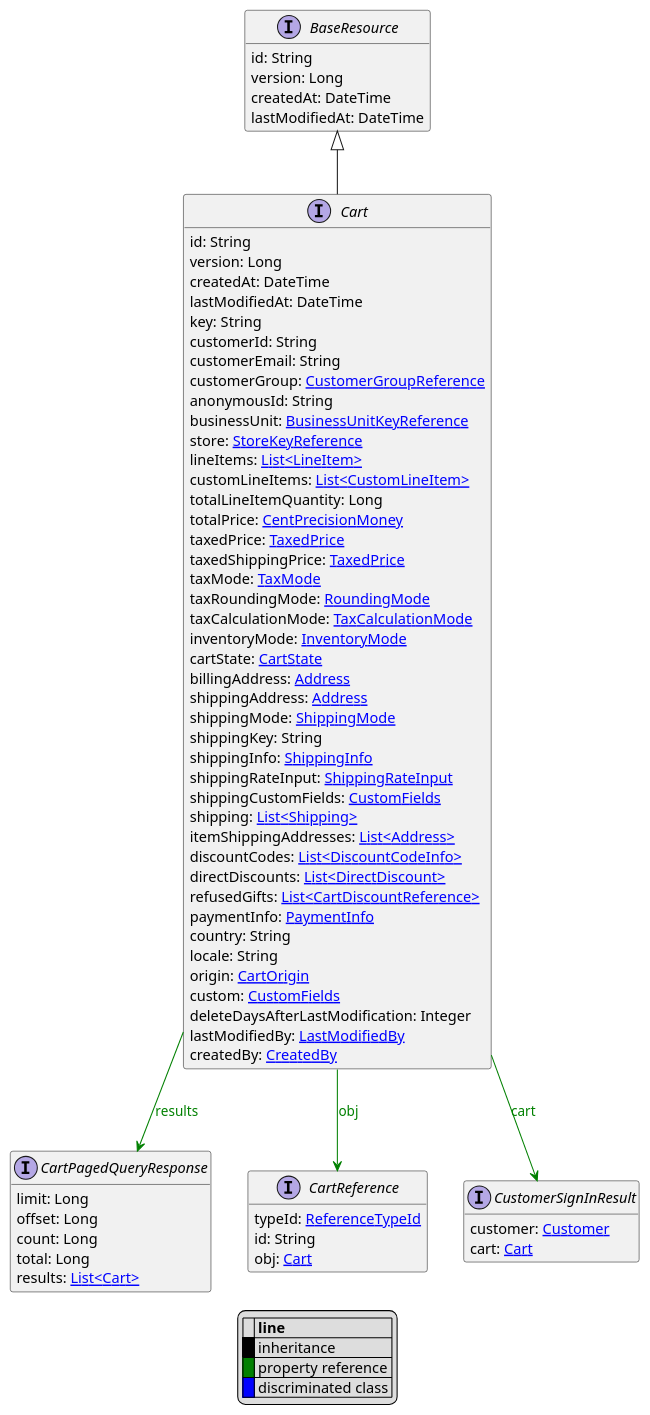
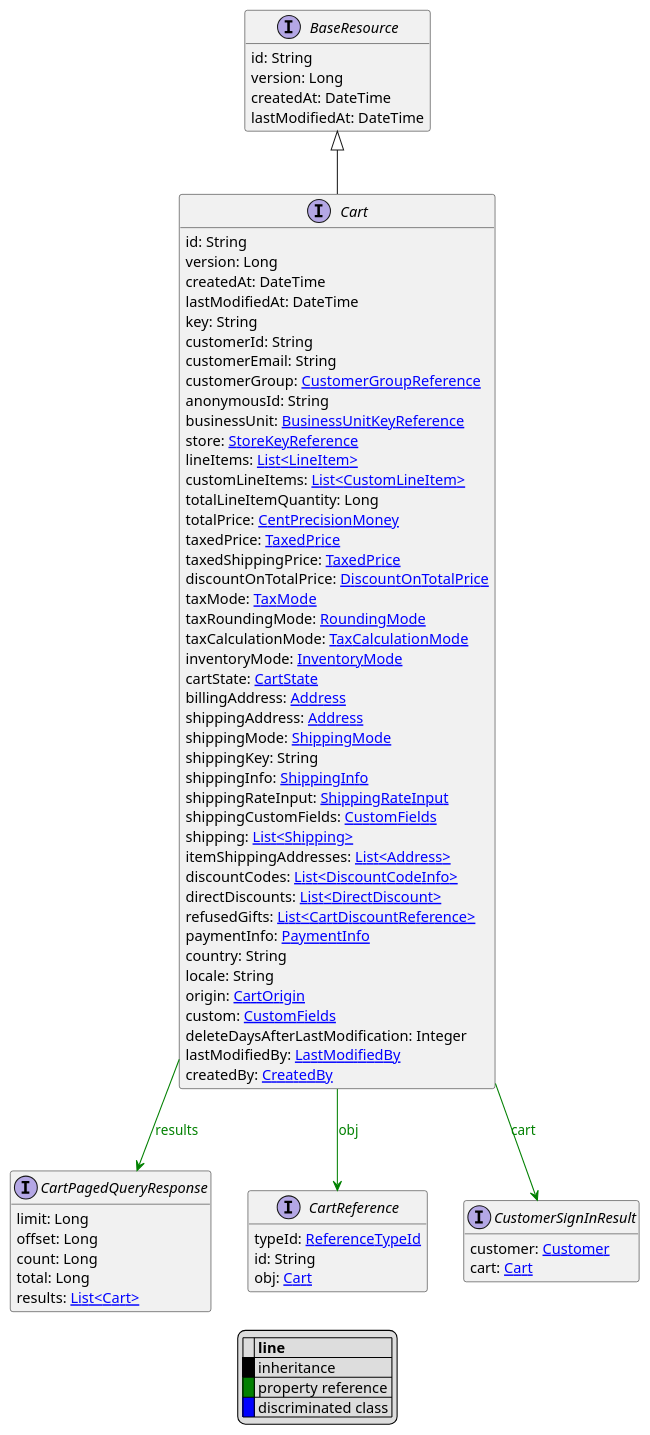
Before and after one commit to commercetools/commercetools-api-reference: the diagram in uml/api/Cart.puml, drawn with PlantUML. The commit also changed 112 other files, not shown here.

```diff
--- a/uml/api/Cart.puml
+++ b/uml/api/Cart.puml
@@ -1,83 +1,84 @@
 @startuml
 
 hide empty fields
 hide empty methods
 legend
 |= |= line |
 |<back:black>   </back>| inheritance |
 |<back:green>   </back>| property reference |
 |<back:blue>   </back>| discriminated class |
 endlegend
 interface Cart [[Cart.svg]] extends BaseResource {
     id: String
     version: Long
     createdAt: DateTime
     lastModifiedAt: DateTime
     key: String
     customerId: String
     customerEmail: String
     customerGroup: [[CustomerGroupReference.svg CustomerGroupReference]]
     anonymousId: String
     businessUnit: [[BusinessUnitKeyReference.svg BusinessUnitKeyReference]]
     store: [[StoreKeyReference.svg StoreKeyReference]]
     lineItems: [[LineItem.svg List<LineItem>]]
     customLineItems: [[CustomLineItem.svg List<CustomLineItem>]]
     totalLineItemQuantity: Long
     totalPrice: [[CentPrecisionMoney.svg CentPrecisionMoney]]
     taxedPrice: [[TaxedPrice.svg TaxedPrice]]
     taxedShippingPrice: [[TaxedPrice.svg TaxedPrice]]
+    discountOnTotalPrice: [[DiscountOnTotalPrice.svg DiscountOnTotalPrice]]
     taxMode: [[TaxMode.svg TaxMode]]
     taxRoundingMode: [[RoundingMode.svg RoundingMode]]
     taxCalculationMode: [[TaxCalculationMode.svg TaxCalculationMode]]
     inventoryMode: [[InventoryMode.svg InventoryMode]]
     cartState: [[CartState.svg CartState]]
     billingAddress: [[Address.svg Address]]
     shippingAddress: [[Address.svg Address]]
     shippingMode: [[ShippingMode.svg ShippingMode]]
     shippingKey: String
     shippingInfo: [[ShippingInfo.svg ShippingInfo]]
     shippingRateInput: [[ShippingRateInput.svg ShippingRateInput]]
     shippingCustomFields: [[CustomFields.svg CustomFields]]
     shipping: [[Shipping.svg List<Shipping>]]
     itemShippingAddresses: [[Address.svg List<Address>]]
     discountCodes: [[DiscountCodeInfo.svg List<DiscountCodeInfo>]]
     directDiscounts: [[DirectDiscount.svg List<DirectDiscount>]]
     refusedGifts: [[CartDiscountReference.svg List<CartDiscountReference>]]
     paymentInfo: [[PaymentInfo.svg PaymentInfo]]
     country: String
     locale: String
     origin: [[CartOrigin.svg CartOrigin]]
     custom: [[CustomFields.svg CustomFields]]
     deleteDaysAfterLastModification: Integer
     lastModifiedBy: [[LastModifiedBy.svg LastModifiedBy]]
     createdBy: [[CreatedBy.svg CreatedBy]]
 }
 interface BaseResource [[BaseResource.svg]]  {
     id: String
     version: Long
     createdAt: DateTime
     lastModifiedAt: DateTime
 }
 
 
 interface CartPagedQueryResponse [[CartPagedQueryResponse.svg]]  {
     limit: Long
     offset: Long
     count: Long
     total: Long
     results: [[Cart.svg List<Cart>]]
 }
 interface CartReference [[CartReference.svg]]  {
     typeId: [[ReferenceTypeId.svg ReferenceTypeId]]
     id: String
     obj: [[Cart.svg Cart]]
 }
 interface CustomerSignInResult [[CustomerSignInResult.svg]]  {
     customer: [[Customer.svg Customer]]
     cart: [[Cart.svg Cart]]
 }
 
 Cart --> CartPagedQueryResponse #green;text:green : "results"
 Cart --> CartReference #green;text:green : "obj"
 Cart --> CustomerSignInResult #green;text:green : "cart"
 @enduml
```
